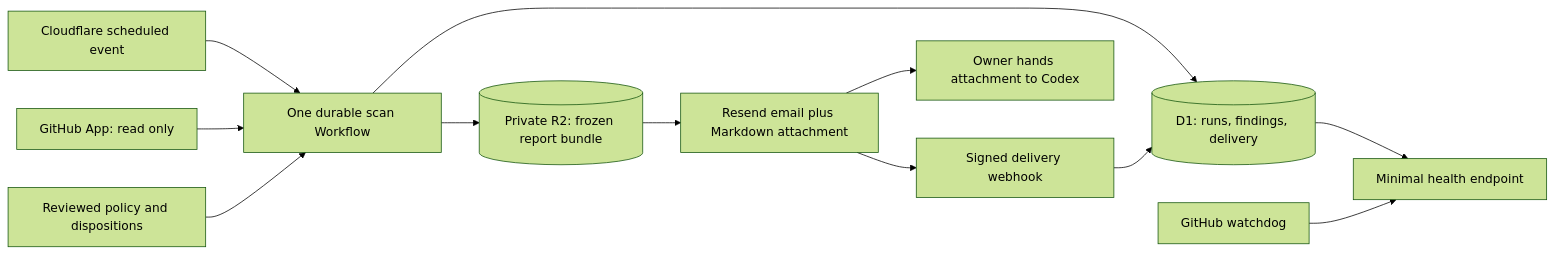
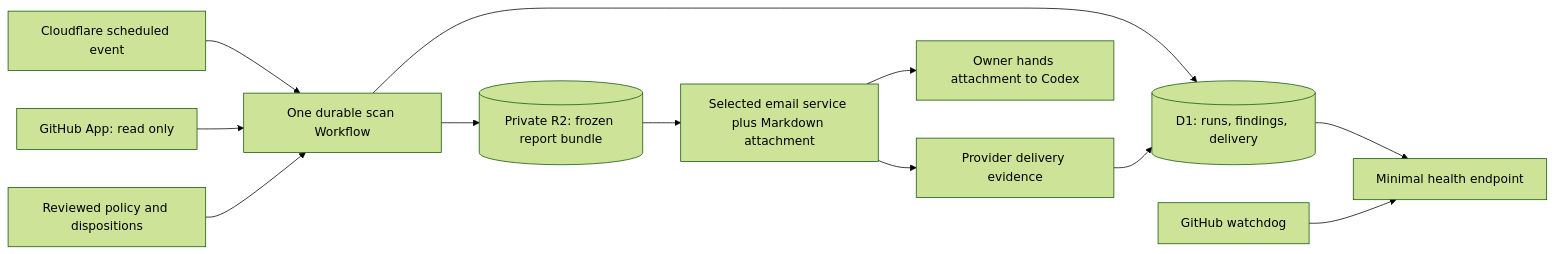
One commit to aindaco1/github-repo-scan changed the diagram in docs/IMPLEMENTATION_PLAN.md. Above: the diagram before and after it, drawn with Mermaid (forest theme). The commit also changed other lines of this file and 5 other files, not shown here.

````diff
--- a/docs/IMPLEMENTATION_PLAN.md
+++ b/docs/IMPLEMENTATION_PLAN.md
@@ -30,14 +30,14 @@
 ```mermaid
 flowchart LR
   C[Cloudflare scheduled event] --> W[One durable scan Workflow]
   G[GitHub App: read only] --> W
   P[Reviewed policy and dispositions] --> W
   W --> D[(D1: runs, findings, delivery)]
   W --> R[(Private R2: frozen report bundle)]
-  R --> E[Resend email plus Markdown attachment]
+  R --> E[Selected email service plus Markdown attachment]
   E --> U[Owner hands attachment to Codex]
-  E --> H[Signed delivery webhook]
+  E --> H[Provider delivery evidence]
   H --> D
   A[GitHub watchdog] --> S[Minimal health endpoint]
   D --> S
 ```
````
